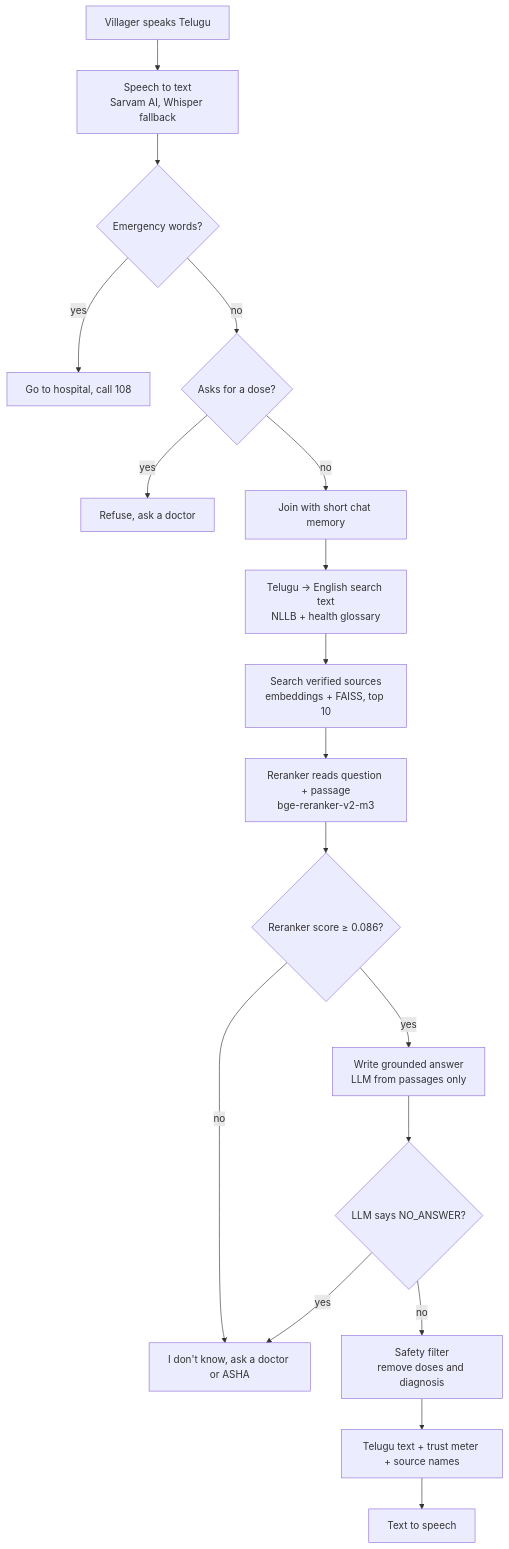
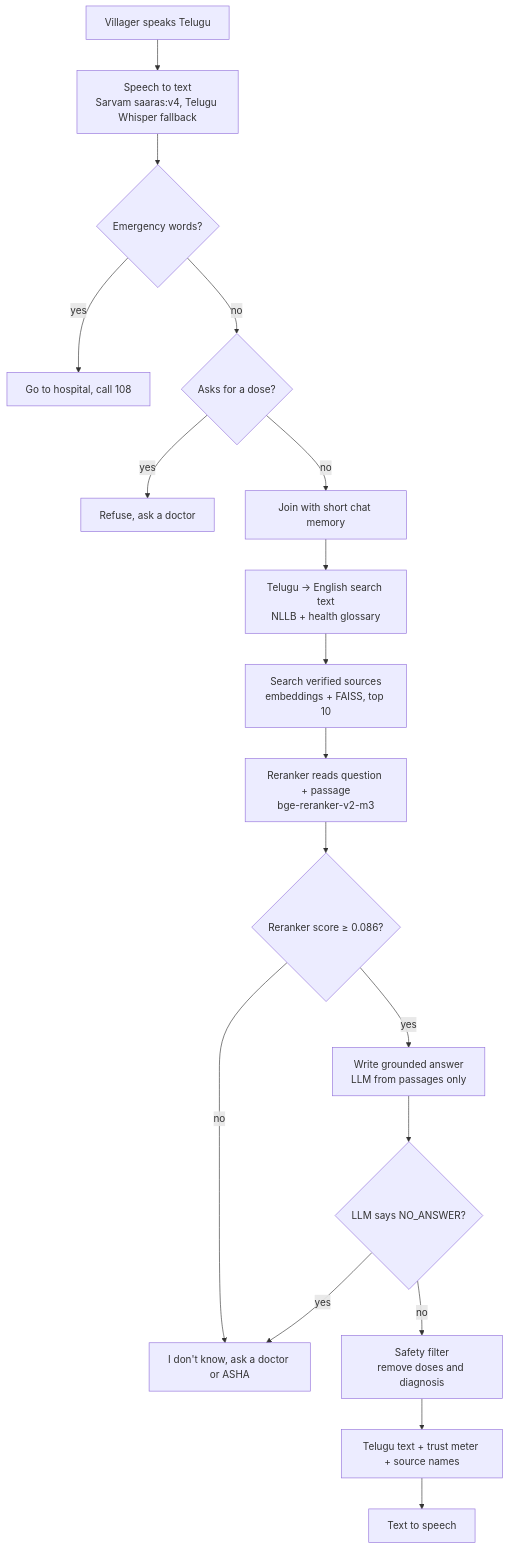
One commit to vaishnavikatkam41/vaani changed the diagram in README.md. Above: the diagram before and after it, drawn with Mermaid. The commit also changed other lines of this file and 12 other files, not shown here.

````diff
--- a/README.md
+++ b/README.md
@@ -44,20 +44,20 @@
 ```mermaid
 flowchart TD
-    A[Villager speaks Telugu] --> B[Speech to text<br/>Sarvam AI, Whisper fallback]
+    A[Villager speaks Telugu] --> B[Speech to text<br/>Sarvam saaras:v4, Telugu Whisper fallback]
     B --> C{Emergency words?}
     C -- yes --> D[Go to hospital, call 108]
     C -- no --> E{Asks for a dose?}
     E -- yes --> F[Refuse, ask a doctor]
     E -- no --> G[Join with short chat memory]
     G --> T[Telugu → English search text<br/>NLLB + health glossary]
     T --> H[Search verified sources<br/>embeddings + FAISS, top 10]
     H --> R[Reranker reads question + passage<br/>bge-reranker-v2-m3]
     R --> I{Reranker score ≥ 0.086?}
     I -- no --> J["I don't know, ask a doctor or ASHA"]
     I -- yes --> K[Write grounded answer<br/>LLM from passages only]
     K --> L{LLM says NO_ANSWER?}
     L -- yes --> J
     L -- no --> M[Safety filter<br/>remove doses and diagnosis]
     M --> N[Telugu text + trust meter + source names]
     N --> O[Text to speech]
 ```
````
